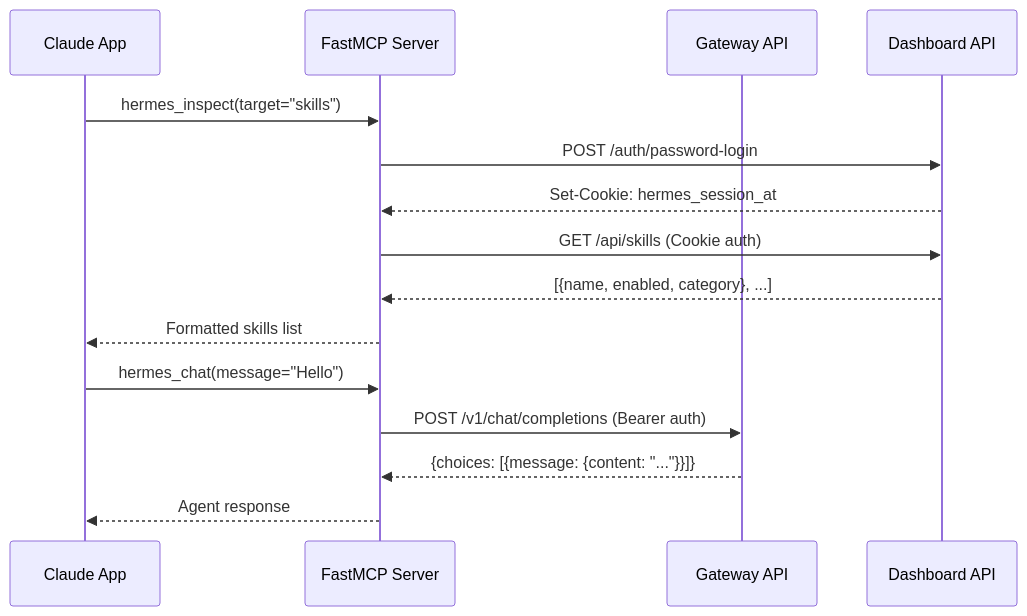
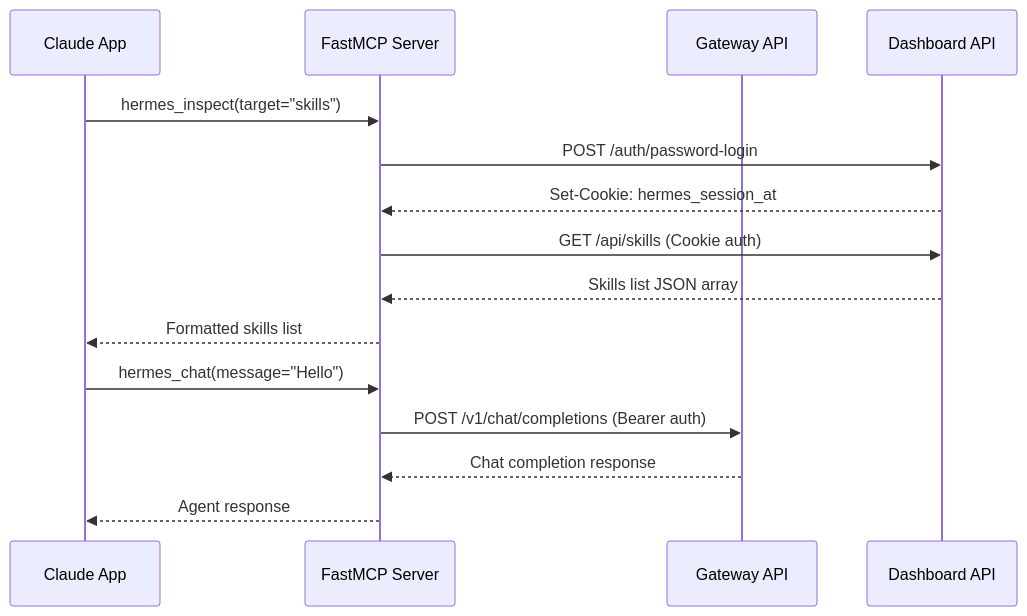
The fourth of 5 diagrams in docs/ARCHITECTURE.md (WOOWTECH/woow_hermes_mcp_server), drawn with Mermaid before and after one commit. The commit also changed 2 other files, not shown here.

Commit message:
fix: Mermaid diagram syntax errors breaking GitHub rendering
- README.md: escape node label CONFIG[/data/config.json] → CONFIG[("config.json")]
  and quote all subgraph names and node labels to avoid parser ambiguity
- README.zh-TW.md: fix unquoted subgraph with Chinese characters,
  remove {token} curly braces that Mermaid interprets as syntax
- docs/ARCHITECTURE.md: replace raw JSON in sequence diagram messages
  with plain text to avoid unquoted curly brace parsing errors

````diff
--- a/docs/ARCHITECTURE.md
+++ b/docs/ARCHITECTURE.md
@@ -121,19 +121,19 @@
 ```mermaid
 sequenceDiagram
     participant User as Claude App
     participant MCP as FastMCP Server
     participant GW as Gateway API
     participant DB as Dashboard API
 
     User->>MCP: hermes_inspect(target="skills")
     MCP->>DB: POST /auth/password-login
     DB-->>MCP: Set-Cookie: hermes_session_at
     MCP->>DB: GET /api/skills (Cookie auth)
-    DB-->>MCP: [{name, enabled, category}, ...]
+    DB-->>MCP: Skills list JSON array
     MCP-->>User: Formatted skills list
 
     User->>MCP: hermes_chat(message="Hello")
     MCP->>GW: POST /v1/chat/completions (Bearer auth)
-    GW-->>MCP: {choices: [{message: {content: "..."}}]}
+    GW-->>MCP: Chat completion response
     MCP-->>User: Agent response
 ```
````
